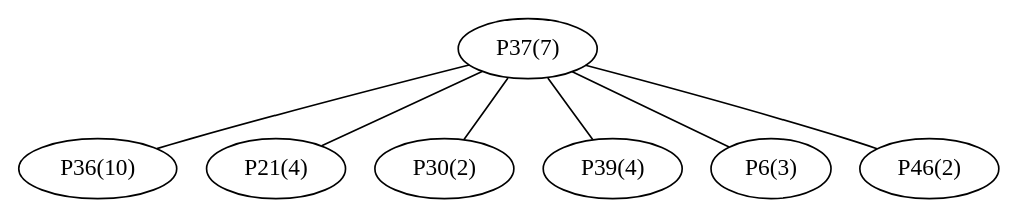
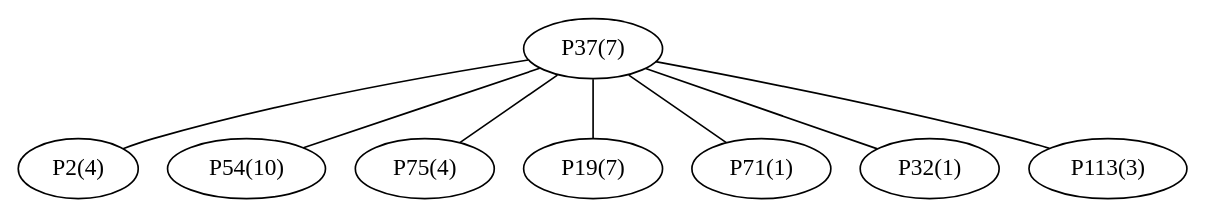
One commit to afkpost/P2PN_2014 changed the diagram in files/P37/graph_P37.dot. Above: the diagram before and after it, drawn with Graphviz. The commit also changed 110 other files, not shown here.

```diff
--- a/files/P37/graph_P37.dot
+++ b/files/P37/graph_P37.dot
@@ -1,15 +1,17 @@
 graph network {
 	"P37(7)";
-	"P36(10)";
-	"P21(4)";
-	"P30(2)";
-	"P39(4)";
-	"P6(3)";
-	"P46(2)";
-	"P37(7)" -- "P36(10)";
-	"P37(7)" -- "P21(4)";
-	"P37(7)" -- "P30(2)";
-	"P37(7)" -- "P39(4)";
-	"P37(7)" -- "P6(3)";
-	"P37(7)" -- "P46(2)";
+	"P2(4)";
+	"P54(10)";
+	"P75(4)";
+	"P19(7)";
+	"P71(1)";
+	"P32(1)";
+	"P113(3)";
+	"P37(7)" -- "P2(4)";
+	"P37(7)" -- "P54(10)";
+	"P37(7)" -- "P75(4)";
+	"P37(7)" -- "P19(7)";
+	"P37(7)" -- "P71(1)";
+	"P37(7)" -- "P32(1)";
+	"P37(7)" -- "P113(3)";
 }
```
